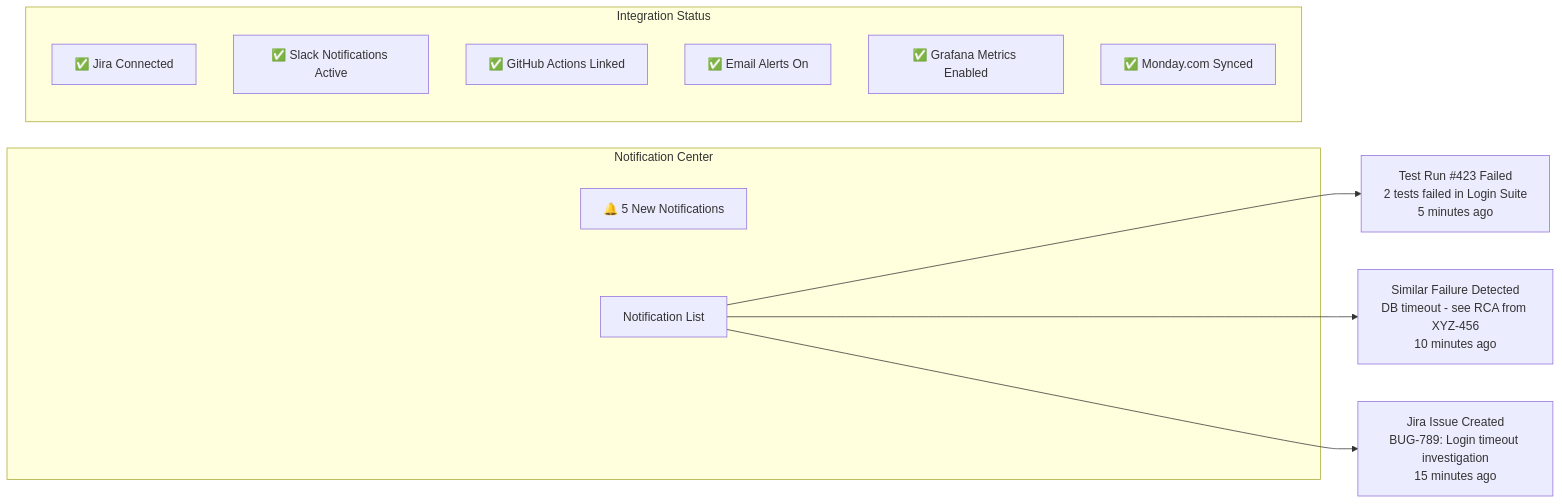
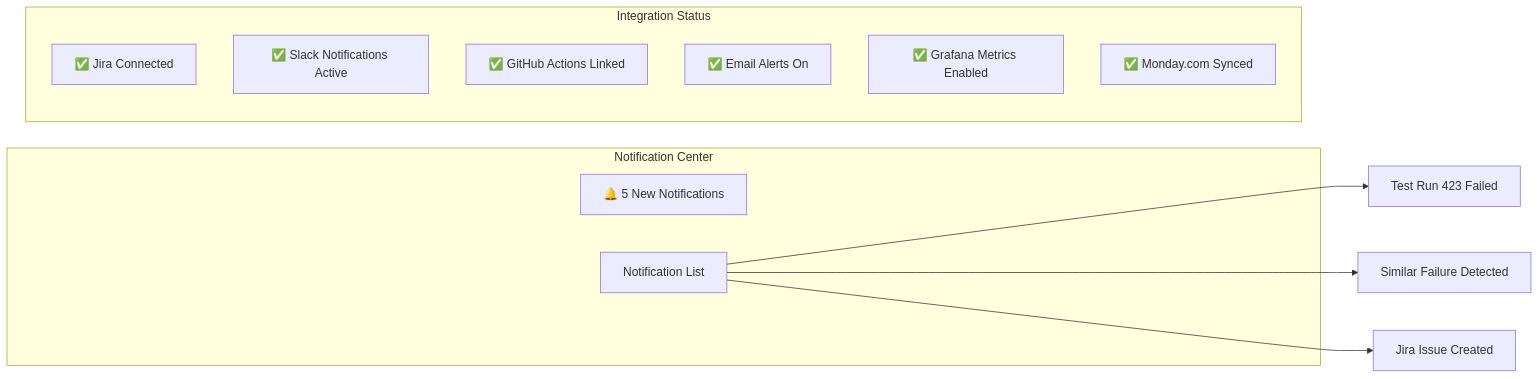
Before and after one commit to rayalon1984/testops-copilot: the seventh of 12 diagrams in DEMO.md, drawn with Mermaid. The commit also changed other lines of this file and 4 other files, not shown here.

````diff
--- a/DEMO.md
+++ b/DEMO.md
@@ -166,20 +161,20 @@
 ```mermaid
 graph LR
     subgraph Notifications["Notification Center"]
         Bell[🔔 5 New Notifications]
         List2[Notification List]
     end
 
-    List2 --> N1["Test Run #423 Failed<br/>2 tests failed in Login Suite<br/>5 minutes ago"]
-    List2 --> N2["Similar Failure Detected<br/>DB timeout - see RCA from XYZ-456<br/>10 minutes ago"]
-    List2 --> N3["Jira Issue Created<br/>BUG-789: Login timeout investigation<br/>15 minutes ago"]
+    List2 --> N1[Test Run 423 Failed]
+    List2 --> N2[Similar Failure Detected]
+    List2 --> N3[Jira Issue Created]
 
     subgraph Integrations["Integration Status"]
         Jira[✅ Jira Connected]
         Slack[✅ Slack Notifications Active]
         GitHub2[✅ GitHub Actions Linked]
         Email[✅ Email Alerts On]
         Grafana[✅ Grafana Metrics Enabled]
         Monday[✅ Monday.com Synced]
     end
 ```
````
